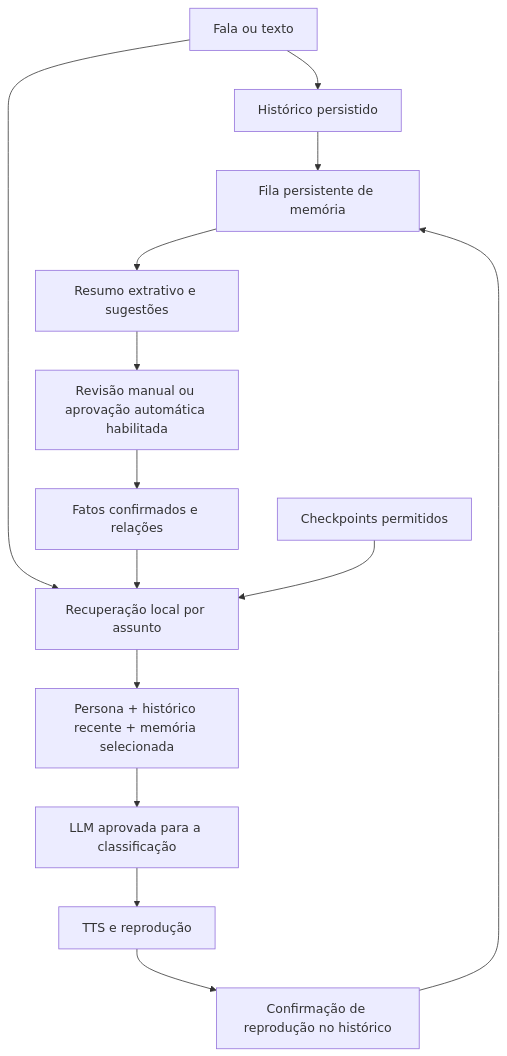
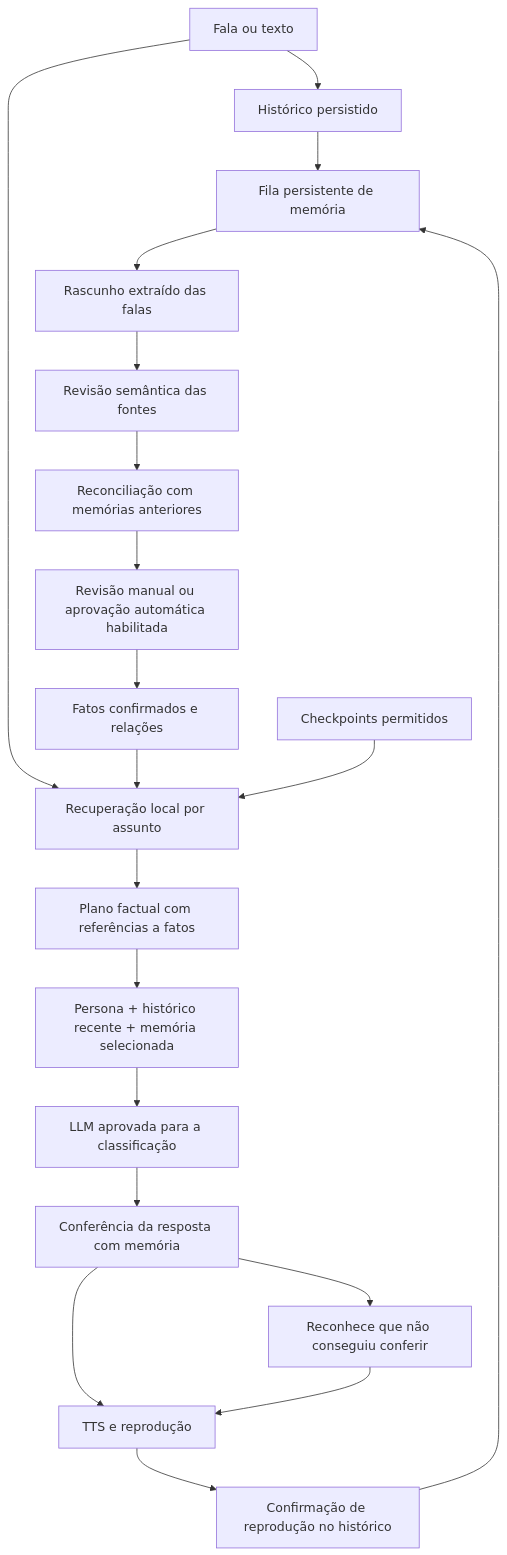
The diagram in docs/architecture/Memoria_Fase_3.md (Luisgustavopk/Projeto-Sistema-Amadeus), drawn with Mermaid before and after one commit. The commit also changed other lines of this file, not shown here.

````diff
--- a/docs/architecture/Memoria_Fase_3.md
+++ b/docs/architecture/Memoria_Fase_3.md
@@ -9,16 +9,22 @@
 ```mermaid
 flowchart TD
     A[Fala ou texto] --> B[Histórico persistido]
     A --> C[Recuperação local por assunto]
     F[Fatos confirmados e relações] --> C
     S[Checkpoints permitidos] --> C
-    C --> P[Persona + histórico recente + memória selecionada]
+    C --> V[Plano factual com referências a fatos]
+    V --> P[Persona + histórico recente + memória selecionada]
     P --> L[LLM aprovada para a classificação]
-    L --> T[TTS e reprodução]
+    L --> X[Conferência da resposta com memória]
+    X --> T[TTS e reprodução]
+    X --> W[Reconhece que não conseguiu conferir]
+    W --> T
     T --> R[Confirmação de reprodução no histórico]
     B --> J[Fila persistente de memória]
     R --> J
-    J --> E[Resumo extrativo e sugestões]
-    E --> U[Revisão manual ou aprovação automática habilitada]
+    J --> E[Rascunho extraído das falas]
+    E --> G[Revisão semântica das fontes]
+    G --> D[Reconciliação com memórias anteriores]
+    D --> U[Revisão manual ou aprovação automática habilitada]
     U --> F
 ```
````
